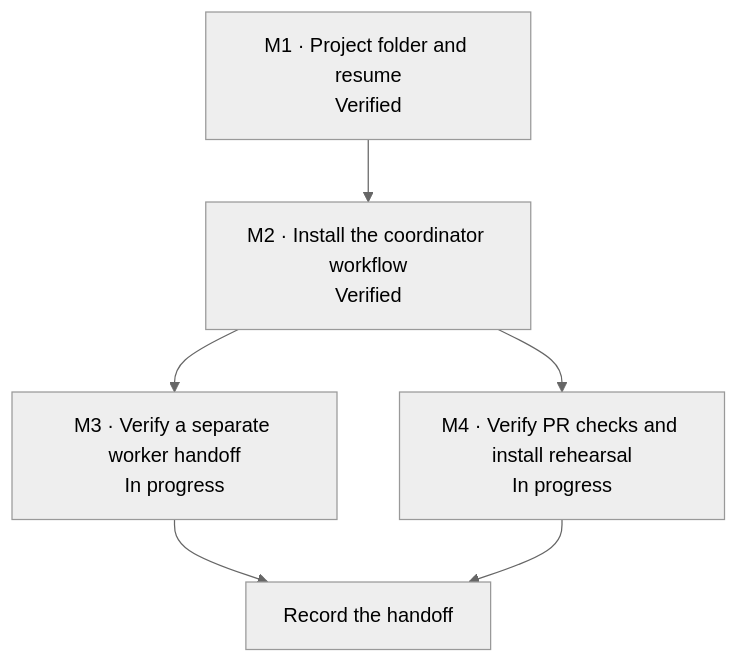
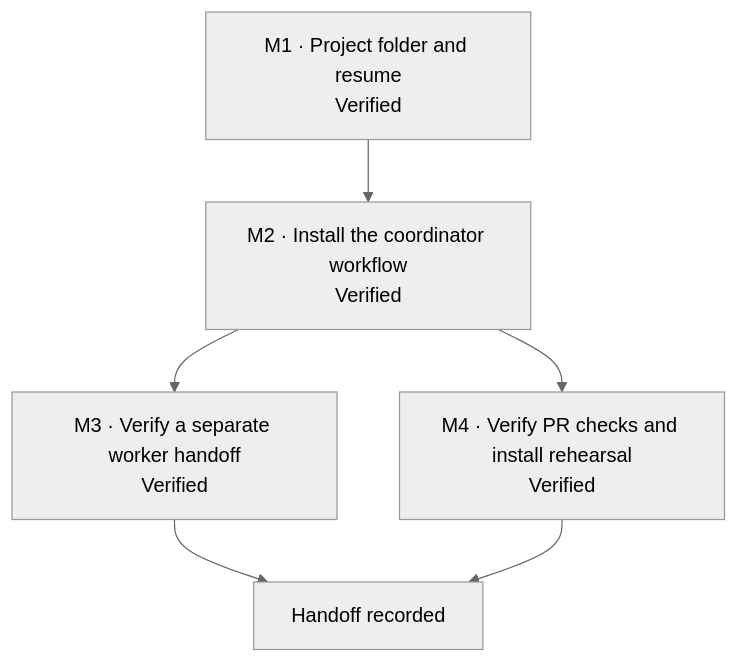
One commit to PFCLEEAI/claude-codex-shared-harness changed the diagram in _pm/roadmap.md. Above: the diagram before and after it, drawn with Mermaid (neutral theme). The commit also changed 4 other files, not shown here.

````diff
--- a/_pm/roadmap.md
+++ b/_pm/roadmap.md
@@ -3,8 +3,8 @@
 ```mermaid
 flowchart TB
     M1["M1 · Project folder and resume<br/>Verified"] --> M2["M2 · Install the coordinator workflow<br/>Verified"]
-    M2 --> M3["M3 · Verify a separate worker handoff<br/>In progress"]
-    M2 --> M4["M4 · Verify PR checks and install rehearsal<br/>In progress"]
-    M3 --> H["Record the handoff"]
+    M2 --> M3["M3 · Verify a separate worker handoff<br/>Verified"]
+    M2 --> M4["M4 · Verify PR checks and install rehearsal<br/>Verified"]
+    M3 --> H["Handoff recorded"]
     M4 --> H
 ```
````
